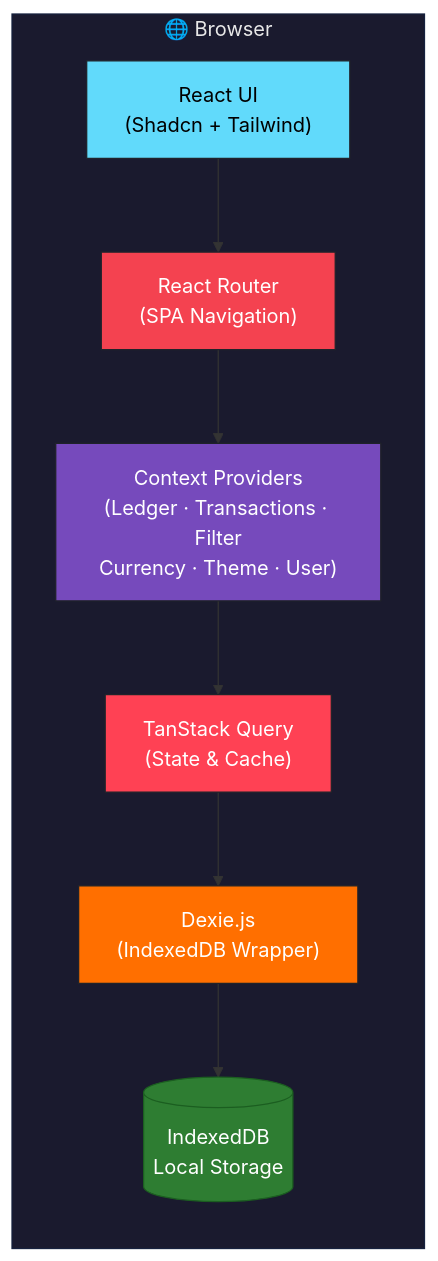
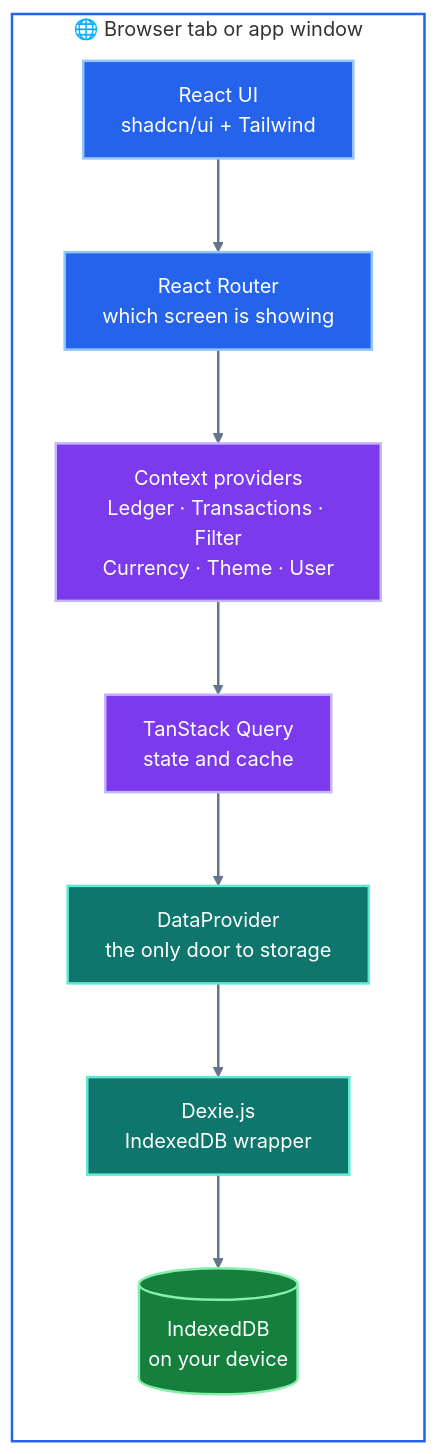
One commit to nrajesh/vaulted.money changed the third of 12 diagrams in documentation/ARCHITECTURE.md. Above: the diagram before and after it, drawn with Mermaid. The commit also changed other lines of this file and 4 other files, not shown here.

First line of the commit message:
Refresh README and architecture docs, add documentation map

````diff
--- a/documentation/ARCHITECTURE.md
+++ b/documentation/ARCHITECTURE.md
@@ -23,26 +99,22 @@
 ```mermaid
-graph TB
-    subgraph Browser["🌐 Browser"]
+flowchart TB
+    subgraph Browser["🌐 Browser tab or app window"]
         direction TB
-        UI["React UI<br/>(Shadcn + Tailwind)"]
-        Router["React Router<br/>(SPA Navigation)"]
-        State["TanStack Query<br/>(State & Cache)"]
-        Contexts["Context Providers<br/>(Ledger · Transactions · Filter<br/>Currency · Theme · User)"]
-        DB["Dexie.js<br/>(IndexedDB Wrapper)"]
-        IDB[("IndexedDB<br/>Local Storage")]
+        UI["React UI<br/>shadcn/ui + Tailwind"]:::ui
+        Router["React Router<br/>which screen is showing"]:::ui
+        Contexts["Context providers<br/>Ledger · Transactions · Filter<br/>Currency · Theme · User"]:::logic
+        State["TanStack Query<br/>state and cache"]:::logic
+        DP["DataProvider<br/>the only door to storage"]:::data
+        DB["Dexie.js<br/>IndexedDB wrapper"]:::data
+        IDB[("IndexedDB<br/>on your device")]:::store
     end
 
-    UI --> Router
-    Router --> Contexts
-    Contexts --> State
-    State --> DB
-    DB --> IDB
+    UI --> Router --> Contexts --> State --> DP --> DB --> IDB
 
-    style Browser fill:#1a1a2e,stroke:#16213e,color:#e8e8e8
-    style UI fill:#61DAFB,stroke:#20232A,color:#000
-    style Router fill:#f44250,stroke:#20232A,color:#fff
-    style State fill:#ff4154,stroke:#20232A,color:#fff
-    style Contexts fill:#764abc,stroke:#20232A,color:#fff
-    style DB fill:#ff6f00,stroke:#20232A,color:#fff
-    style IDB fill:#2e7d32,stroke:#1b5e20,color:#fff
+    style Browser fill:none,stroke:#2563eb,stroke-width:2px
+    classDef ui fill:#2563eb,stroke:#93c5fd,stroke-width:2px,color:#ffffff
+    classDef logic fill:#7c3aed,stroke:#c4b5fd,stroke-width:2px,color:#ffffff
+    classDef data fill:#0f766e,stroke:#5eead4,stroke-width:2px,color:#ffffff
+    classDef store fill:#15803d,stroke:#86efac,stroke-width:2px,color:#ffffff
+    linkStyle default stroke:#64748b,stroke-width:2px
 ```
````
